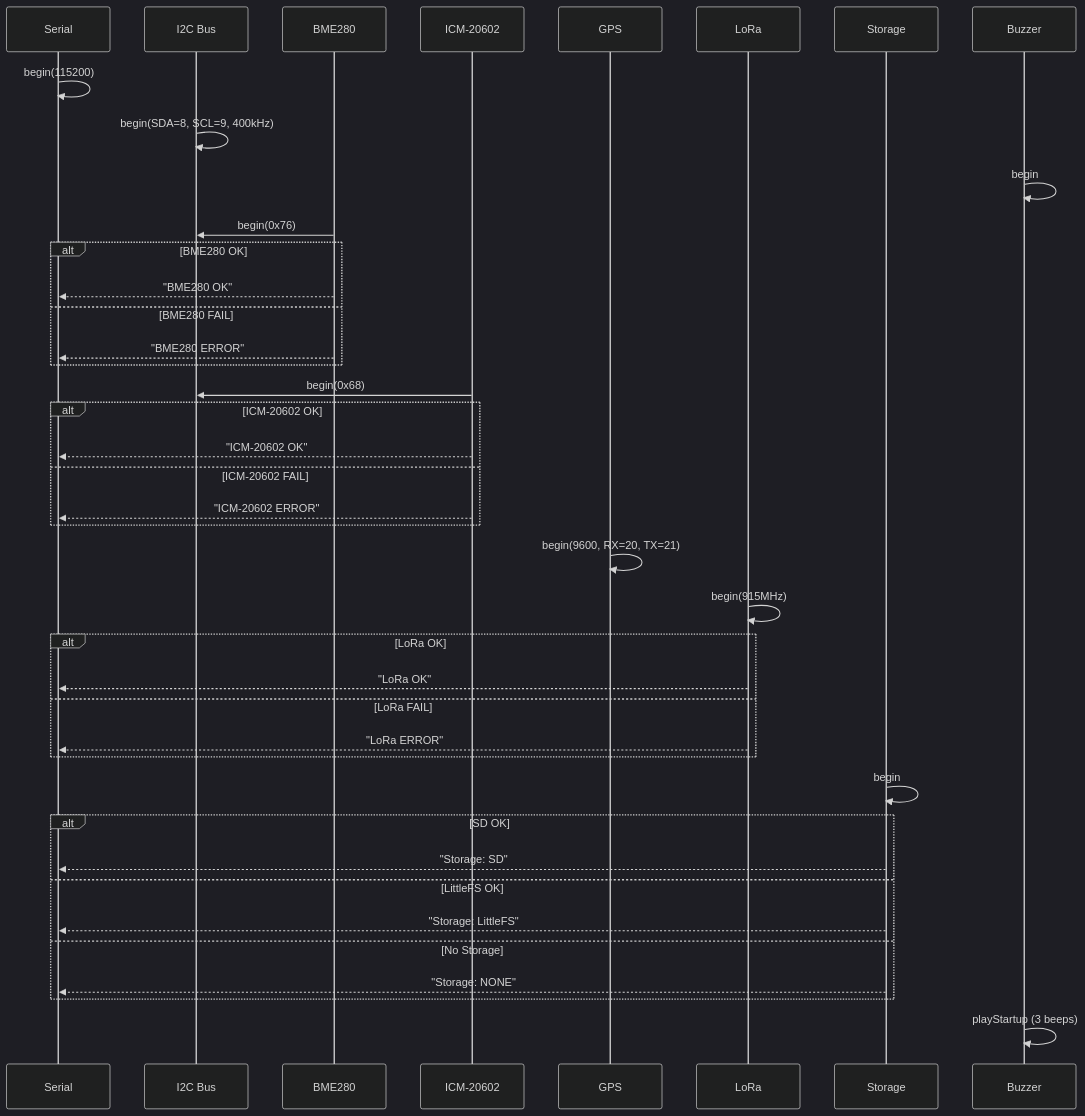
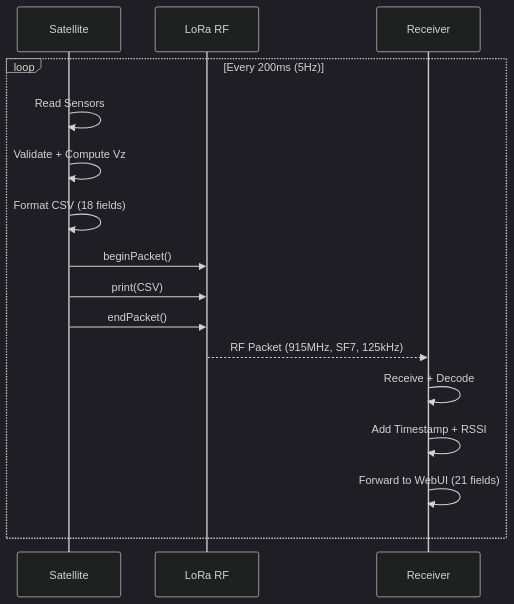
The fifth of 6 diagrams in docs/flowchart.md (Serra-Rocketry/satellite), drawn with Mermaid (dark theme) before and after one commit. The commit also changed other lines of this file and 108 other files, not shown here.

````diff
--- a/docs/flowchart.md
+++ b/docs/flowchart.md
@@ -74,43 +109,19 @@
 ```mermaid
 sequenceDiagram
-    participant S as Serial
-    participant I as I2C Bus
-    participant B as BME280
-    participant C as ICM-20602
-    participant G as GPS
-    participant L as LoRa
-    participant F as Storage
-    participant BZ as Buzzer
+    participant S as Satellite
+    participant L as LoRa RF
+    participant R as Receiver
 
-    S->>S: begin(115200)
-    I->>I: begin(SDA=8, SCL=9, 400kHz)
-    BZ->>BZ: begin
-    B->>I: begin(0x76)
-    alt BME280 OK
-        B-->>S: "BME280 OK"
-    else BME280 FAIL
-        B-->>S: "BME280 ERROR"
+    loop Every 200ms (5Hz)
+        S->>S: Read Sensors
+        S->>S: Validate + Compute Vz
+        S->>S: Format CSV (18 fields)
+        S->>L: beginPacket()
+        S->>L: print(CSV)
+        S->>L: endPacket()
+        L-->>R: RF Packet (915MHz, SF7, 125kHz)
+        R->>R: Receive + Decode
+        R->>R: Add Timestamp + RSSI
+        R->>R: Forward to WebUI (21 fields)
     end
-    C->>I: begin(0x68)
-    alt ICM-20602 OK
-        C-->>S: "ICM-20602 OK"
-    else ICM-20602 FAIL
-        C-->>S: "ICM-20602 ERROR"
-    end
-    G->>G: begin(9600, RX=20, TX=21)
-    L->>L: begin(915MHz)
-    alt LoRa OK
-        L-->>S: "LoRa OK"
-    else LoRa FAIL
-        L-->>S: "LoRa ERROR"
-    end
-    F->>F: begin
-    alt SD OK
-        F-->>S: "Storage: SD"
-    else LittleFS OK
-        F-->>S: "Storage: LittleFS"
-    else No Storage
-        F-->>S: "Storage: NONE"
-    end
-    BZ->>BZ: playStartup (3 beeps)
 ```
````
